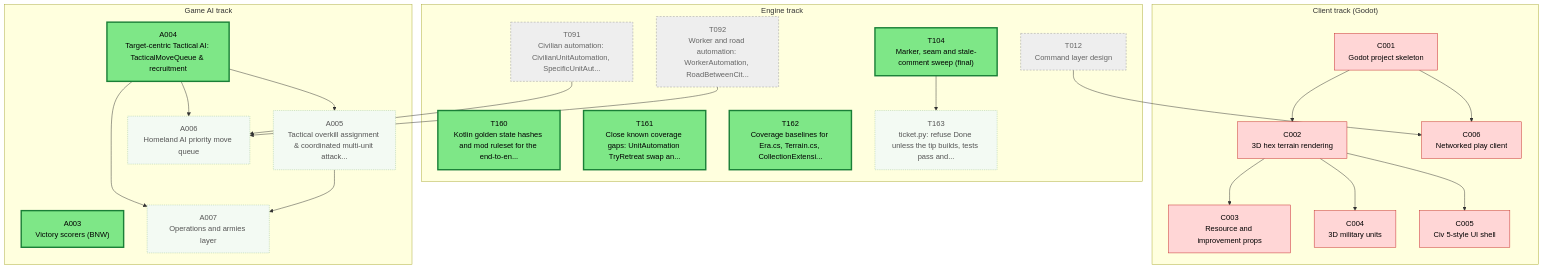
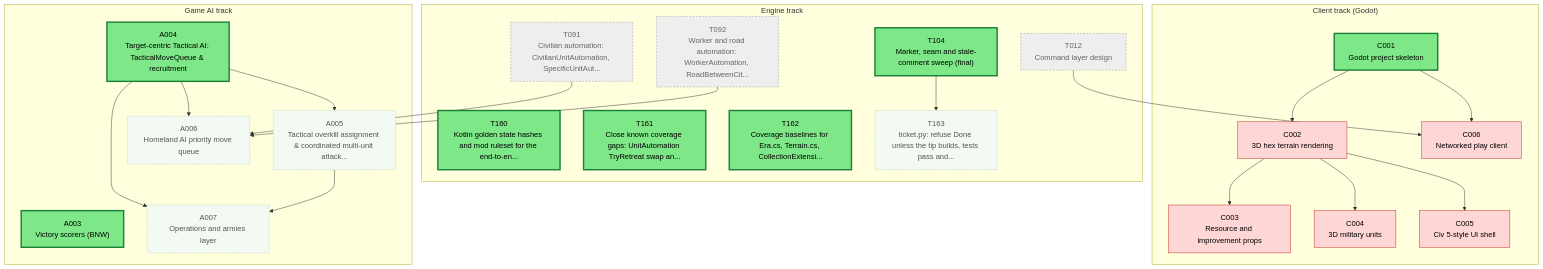
One commit to Kenmura/Unciv changed the first of 2 diagrams in csharp/migration/DEPENDENCY_MAP.md. Above: the diagram before and after it, drawn with Mermaid. The commit also changed other lines of this file and 1 other file, not shown here.

Commit message:
migration: C001 -> Available

````diff
--- a/csharp/migration/DEPENDENCY_MAP.md
+++ b/csharp/migration/DEPENDENCY_MAP.md
@@ -15,67 +15,67 @@
 ```mermaid
 flowchart TD
   subgraph TTRACK["Engine track"]
     T012["T012<br/>Command layer design"]
     T091["T091<br/>Civilian automation: CivilianUnitAutomation, SpecificUnitAut..."]
     T092["T092<br/>Worker and road automation: WorkerAutomation, RoadBetweenCit..."]
     T104["T104<br/>Marker, seam and stale-comment sweep (final)"]
     T160["T160<br/>Kotlin golden state hashes and mod ruleset for the end-to-en..."]
     T161["T161<br/>Close known coverage gaps: UnitAutomation TryRetreat swap an..."]
     T162["T162<br/>Coverage baselines for Era.cs, Terrain.cs, CollectionExtensi..."]
     T163["T163<br/>ticket.py: refuse Done unless the tip builds, tests pass and..."]
   end
   subgraph CTRACK["Client track (Godot)"]
     C001["C001<br/>Godot project skeleton"]
     C002["C002<br/>3D hex terrain rendering"]
     C003["C003<br/>Resource and improvement props"]
     C004["C004<br/>3D military units"]
     C005["C005<br/>Civ 5-style UI shell"]
     C006["C006<br/>Networked play client"]
   end
   subgraph ATRACK["Game AI track"]
     A003["A003<br/>Victory scorers (BNW)"]
     A004["A004<br/>Target-centric Tactical AI: TacticalMoveQueue & recruitment"]
     A005["A005<br/>Tactical overkill assignment & coordinated multi-unit attack..."]
     A006["A006<br/>Homeland AI priority move queue"]
     A007["A007<br/>Operations and armies layer"]
   end
   T104 --> T163
   C001 --> C002
   C002 --> C003
   C002 --> C004
   C002 --> C005
   T012 --> C006
   C001 --> C006
   A004 --> A005
   A004 --> A006
   T091 --> A006
   T092 --> A006
   A004 --> A007
   A005 --> A007
   classDef waiting fill:#f3faf3,stroke:#9bc49b,color:#555,stroke-dasharray:2 2
   classDef ondeck fill:#ffe8cc,stroke:#e8590c,stroke-width:3px,color:#000
   classDef ready fill:#7ee787,stroke:#1a7f37,stroke-width:3px,color:#000
   classDef prog fill:#fff3b0,stroke:#b58900,color:#000
   classDef review fill:#cfe4ff,stroke:#1f6feb,color:#000
   classDef blocked fill:#ffd6d6,stroke:#c62828,color:#000
   classDef done fill:#eeeeee,stroke:#999999,color:#666,stroke-dasharray:4 3
   class A003 ready
   class A004 ready
   class A005 waiting
   class A006 waiting
   class A007 waiting
-  class C001 blocked
+  class C001 ready
   class C002 blocked
   class C003 blocked
   class C004 blocked
   class C005 blocked
   class C006 blocked
   class T012 done
   class T091 done
   class T092 done
   class T104 ready
   class T160 ready
   class T161 ready
   class T162 ready
   class T163 waiting
 ```
````
